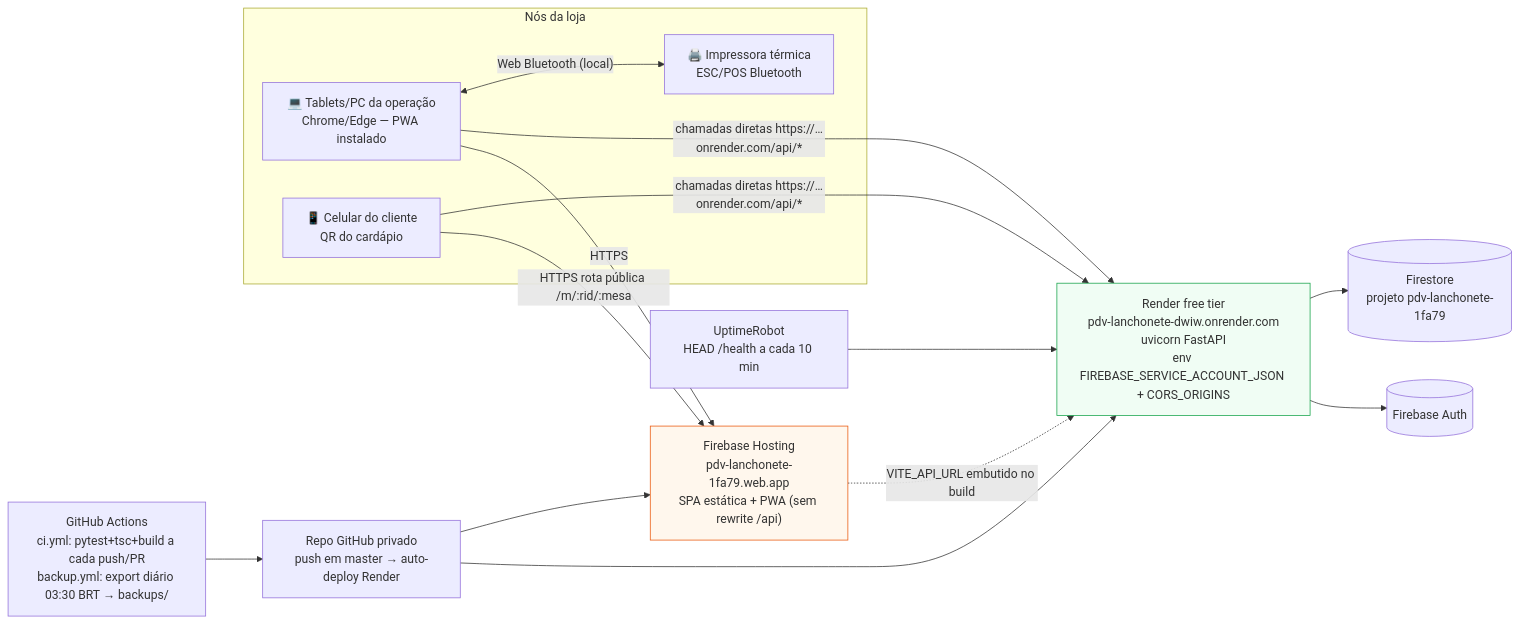
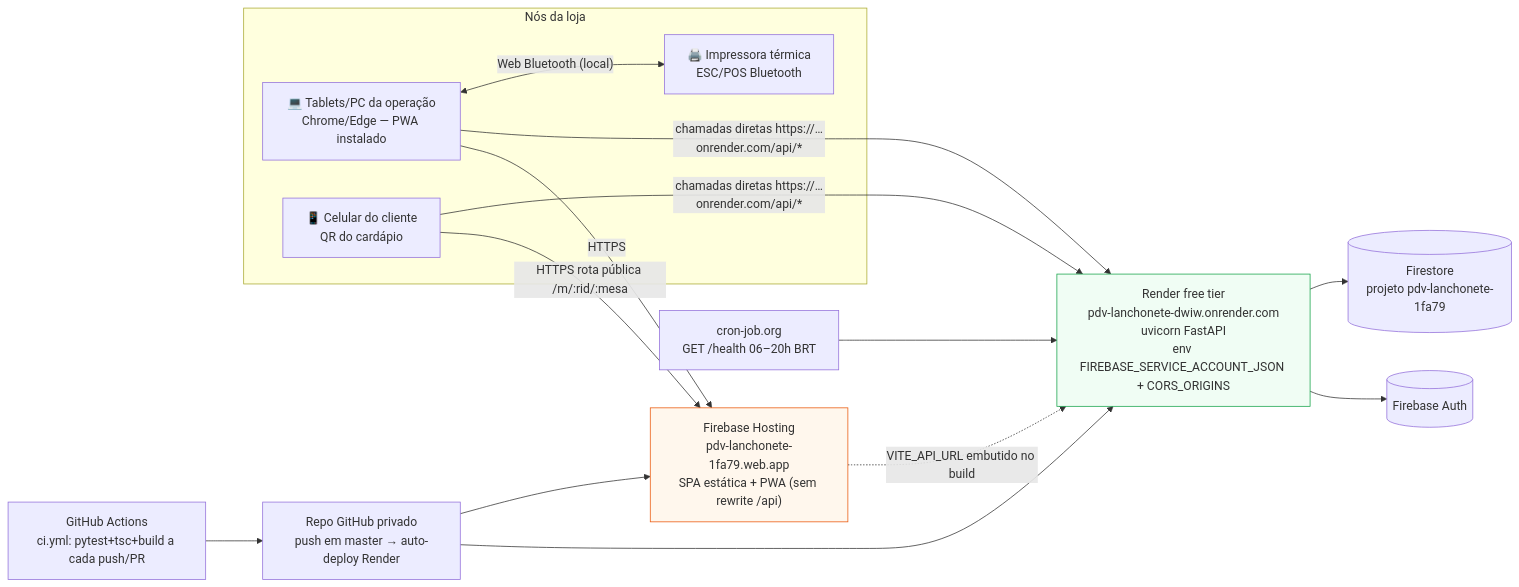
One commit to gabrielabrahaodev/pdv-lanchonete changed the second of 3 diagrams in docs/02-modelagem/diagrama-implantacao.md. Above: the diagram before and after it, drawn with Mermaid. The commit also changed other lines of this file and 65 other files, not shown here.

````diff
--- a/docs/02-modelagem/diagrama-implantacao.md
+++ b/docs/02-modelagem/diagrama-implantacao.md
@@ -38,33 +38,33 @@
 ```mermaid
 flowchart LR
     subgraph LOJA["Nós da loja"]
         U1["💻 Tablets/PC da operação<br/>Chrome/Edge — PWA instalado"]
         IMP["🖨️ Impressora térmica<br/>ESC/POS Bluetooth"]
         U2["📱 Celular do cliente<br/>QR do cardápio"]
     end
 
     FH["Firebase Hosting<br/>pdv-lanchonete-1fa79.web.app<br/>SPA estática + PWA (sem rewrite /api)"]
     RN["Render free tier<br/>pdv-lanchonete-dwiw.onrender.com<br/>uvicorn FastAPI<br/>env FIREBASE_SERVICE_ACCOUNT_JSON + CORS_ORIGINS"]
 
-    GHA["GitHub Actions<br/>ci.yml: pytest+tsc+build a cada push/PR<br/>backup.yml: export diário 03:30 BRT → backups/"]
-    MON["UptimeRobot<br/>HEAD /health a cada 10 min"]
+    GHA["GitHub Actions<br/>ci.yml: pytest+tsc+build a cada push/PR"]
+    MON["cron-job.org<br/>GET /health 06–20h BRT"]
     GH["Repo GitHub privado<br/>push em master → auto-deploy Render"]
 
     AUTH2[("Firebase Auth")]
     FS2[("Firestore<br/>projeto pdv-lanchonete-1fa79")]
 
     U1 -->|"HTTPS"| FH
     U2 -->|"HTTPS rota pública /m/:rid/:mesa"| FH
     FH -.->|"VITE_API_URL embutido no build"| RN
     U1 & U2 -->|"chamadas diretas https://…onrender.com/api/*"| RN
     U1 <-->|"Web Bluetooth (local)"| IMP
     RN --> AUTH2
     RN --> FS2
     GH --> RN
     GH --> FH
     MON --> RN
     GHA --> GH
 
     style FH fill:#fff7ed,stroke:#ea580c
     style RN fill:#f0fdf4,stroke:#16a34a
 ```
````
